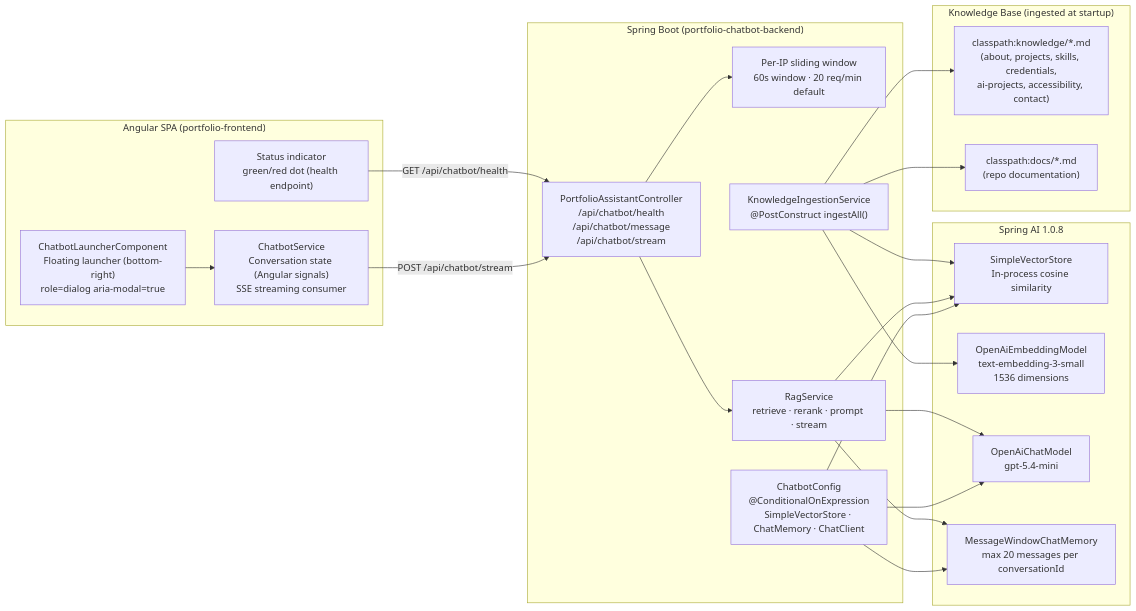
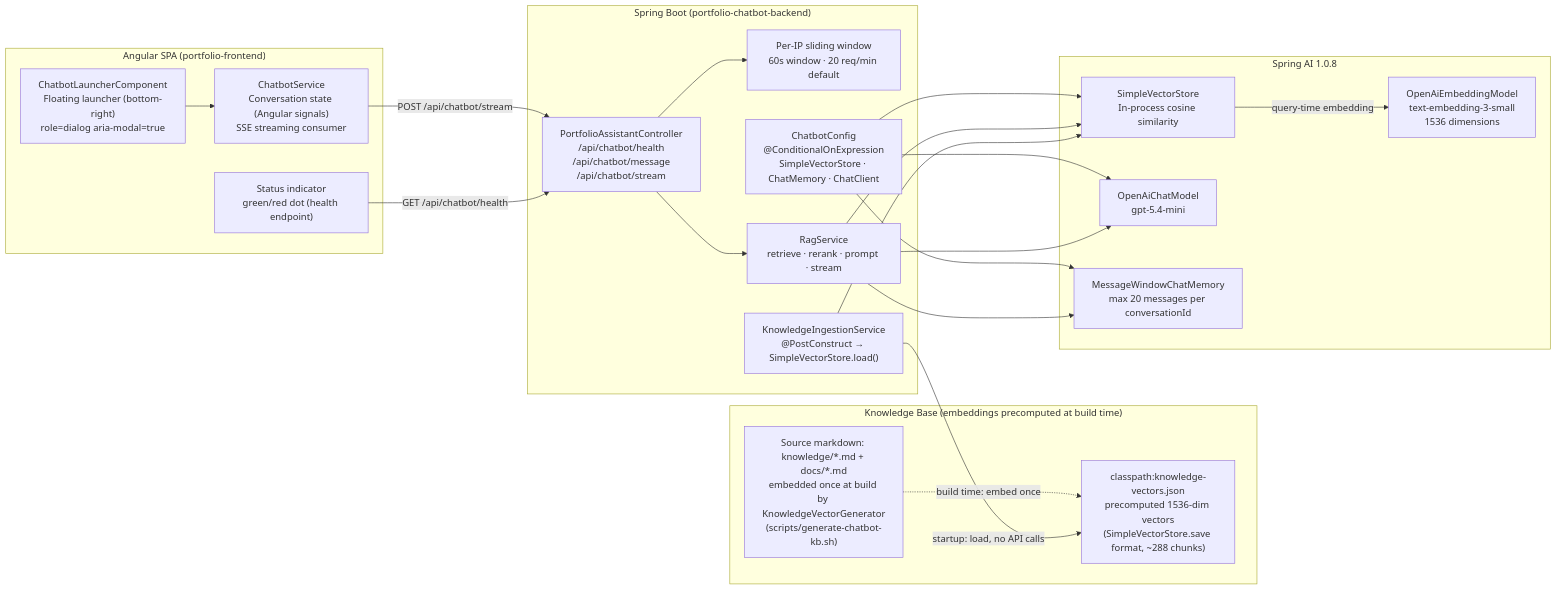
One commit to clark22134/MyPortfolioWebsite changed the fifth of 16 diagrams in docs/ARCHITECTURE.md. Above: the diagram before and after it, drawn with Mermaid. The commit also changed other lines of this file and 3 other files, not shown here.

First line of the commit message:
docs: fold chatbot precompute design into ARCHITECTURE/TECHNICAL_DESIGN; drop one-off spec+plan

````diff
--- a/docs/ARCHITECTURE.md
+++ b/docs/ARCHITECTURE.md
@@ -229,44 +229,45 @@
 ```mermaid
 graph LR
     subgraph Frontend["Angular SPA (portfolio-frontend)"]
         ChatbotLauncher["ChatbotLauncherComponent<br/>Floating launcher (bottom-right)<br/>role=dialog aria-modal=true"]
         ChatbotSvc["ChatbotService<br/>Conversation state (Angular signals)<br/>SSE streaming consumer"]
         HealthIndicator["Status indicator<br/>green/red dot (health endpoint)"]
     end
 
     subgraph Backend["Spring Boot (portfolio-chatbot-backend)"]
         Controller["PortfolioAssistantController<br/>/api/chatbot/health<br/>/api/chatbot/message<br/>/api/chatbot/stream"]
         RateLimiter["Per-IP sliding window<br/>60s window · 20 req/min default"]
         RagSvc["RagService<br/>retrieve · rerank · prompt · stream"]
-        Ingestion["KnowledgeIngestionService<br/>@PostConstruct ingestAll()"]
+        Ingestion["KnowledgeIngestionService<br/>@PostConstruct → SimpleVectorStore.load()"]
         Config["ChatbotConfig<br/>@ConditionalOnExpression<br/>SimpleVectorStore · ChatMemory · ChatClient"]
     end
 
-    subgraph KnowledgeBase["Knowledge Base (ingested at startup)"]
-        KBMarkdown["classpath:knowledge/*.md<br/>(about, projects, skills, credentials,<br/>ai-projects, accessibility, contact)"]
-        KBDocs["classpath:docs/*.md<br/>(repo documentation)"]
+    subgraph KnowledgeBase["Knowledge Base (embeddings precomputed at build time)"]
+        KBVectors["classpath:knowledge-vectors.json<br/>precomputed 1536-dim vectors<br/>(SimpleVectorStore.save format, ~288 chunks)"]
+        KBSource["Source markdown: knowledge/*.md + docs/*.md<br/>embedded once at build by KnowledgeVectorGenerator<br/>(scripts/generate-chatbot-kb.sh)"]
     end
 
     subgraph AI["Spring AI 1.0.8"]
         VectorStore["SimpleVectorStore<br/>In-process cosine similarity"]
         EmbedModel["OpenAiEmbeddingModel<br/>text-embedding-3-small<br/>1536 dimensions"]
         ChatModel["OpenAiChatModel<br/>gpt-5.4-mini"]
         Memory["MessageWindowChatMemory<br/>max 20 messages per conversationId"]
     end
 
     ChatbotLauncher --> ChatbotSvc
     ChatbotSvc -->|POST /api/chatbot/stream| Controller
     HealthIndicator -->|GET /api/chatbot/health| Controller
 
     Controller --> RateLimiter
     Controller --> RagSvc
     Config --> VectorStore & Memory & ChatModel
 
     RagSvc --> VectorStore
     RagSvc --> Memory
     RagSvc --> ChatModel
 
-    Ingestion --> KBMarkdown & KBDocs
-    Ingestion --> EmbedModel
+    KBSource -.->|build time: embed once| KBVectors
+    Ingestion -->|startup: load, no API calls| KBVectors
     Ingestion --> VectorStore
+    VectorStore -->|query-time embedding| EmbedModel
 ```
````
